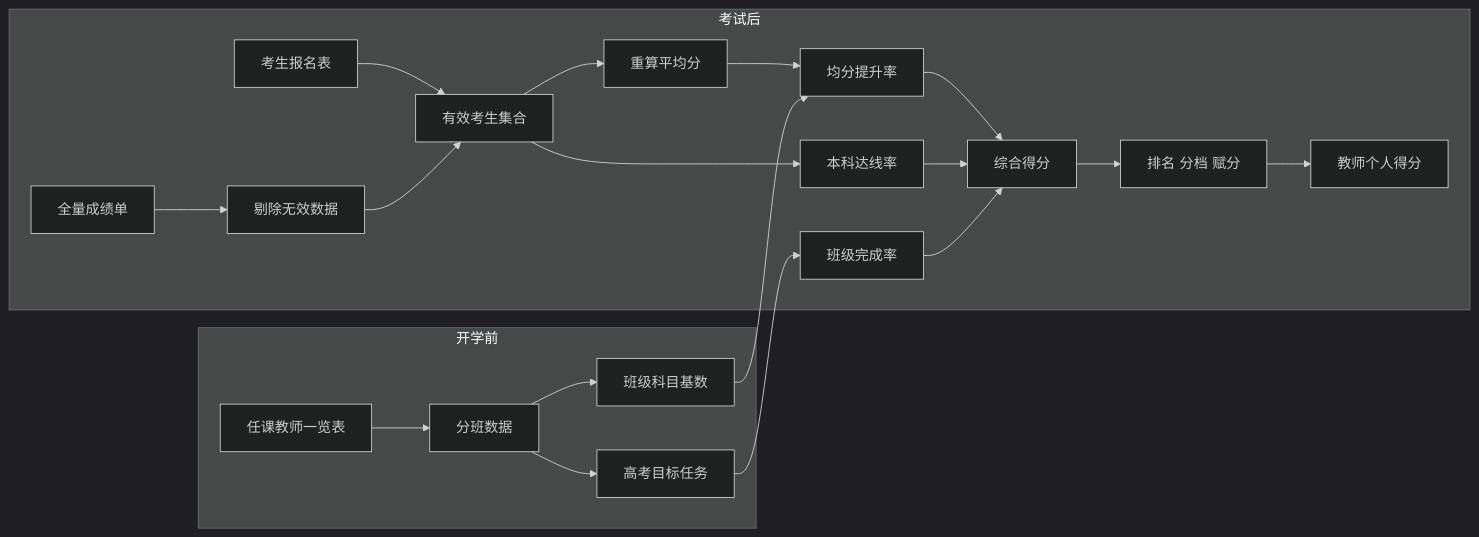
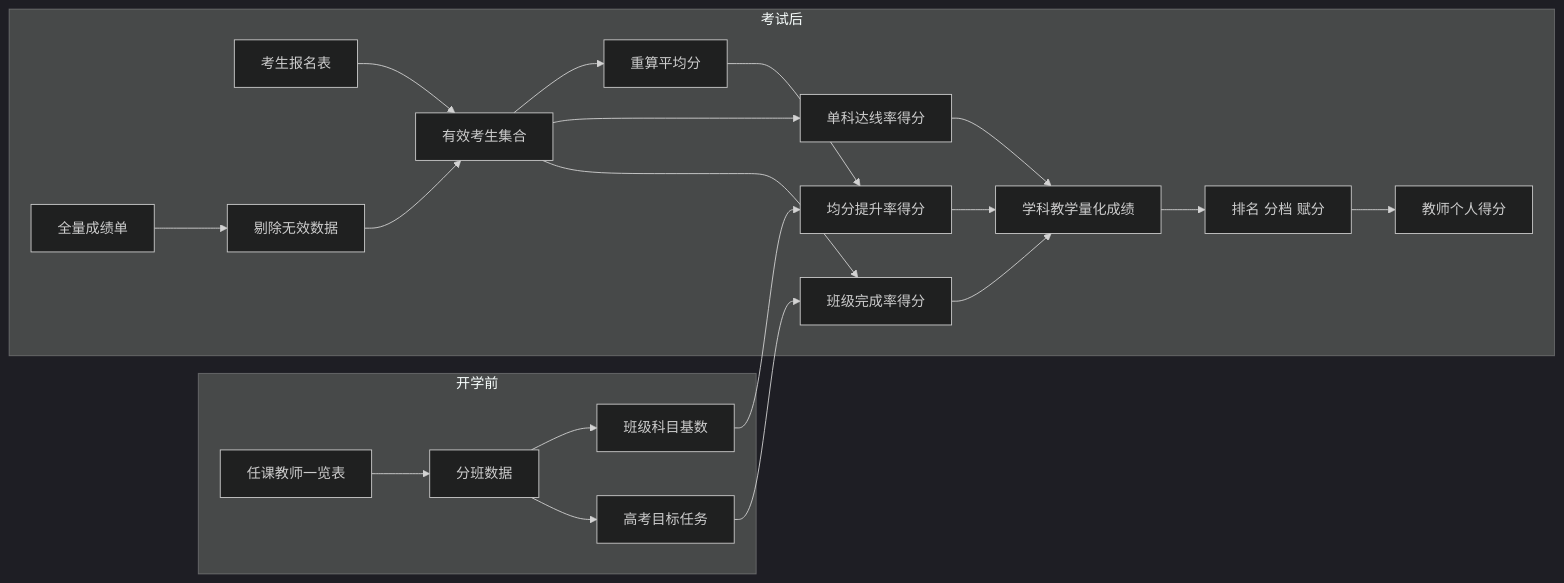
The first of 2 diagrams in docs/requirements-analysis.md (SivonLi/Tally), drawn with Mermaid (dark theme) before and after one commit. The commit also changed other lines of this file and 6 other files, not shown here.

````diff
--- a/docs/requirements-analysis.md
+++ b/docs/requirements-analysis.md
@@ -11,23 +38,24 @@
 ```mermaid
 flowchart LR
   subgraph 开学前
     A[任课教师一览表] --> B[分班数据]
     B --> C[班级科目基数]
     B --> D[高考目标任务]
   end
   subgraph 考试后
     E[考生报名表] --> H[有效考生集合]
     F[全量成绩单] --> G[剔除无效数据]
     G --> H
     H --> I[重算平均分]
-    I --> J[均分提升率]
-    H --> K[本科达线率]
-    D --> L[班级完成率]
-    J --> M[综合得分]
+    I --> J[均分提升率得分]
+    H --> K[单科达线率得分]
+    D --> L[班级完成率得分]
+    H --> L
+    J --> M[学科教学量化成绩]
     K --> M
     L --> M
     M --> N[排名 分档 赋分]
     N --> O[教师个人得分]
   end
   C --> J
 ```
````
